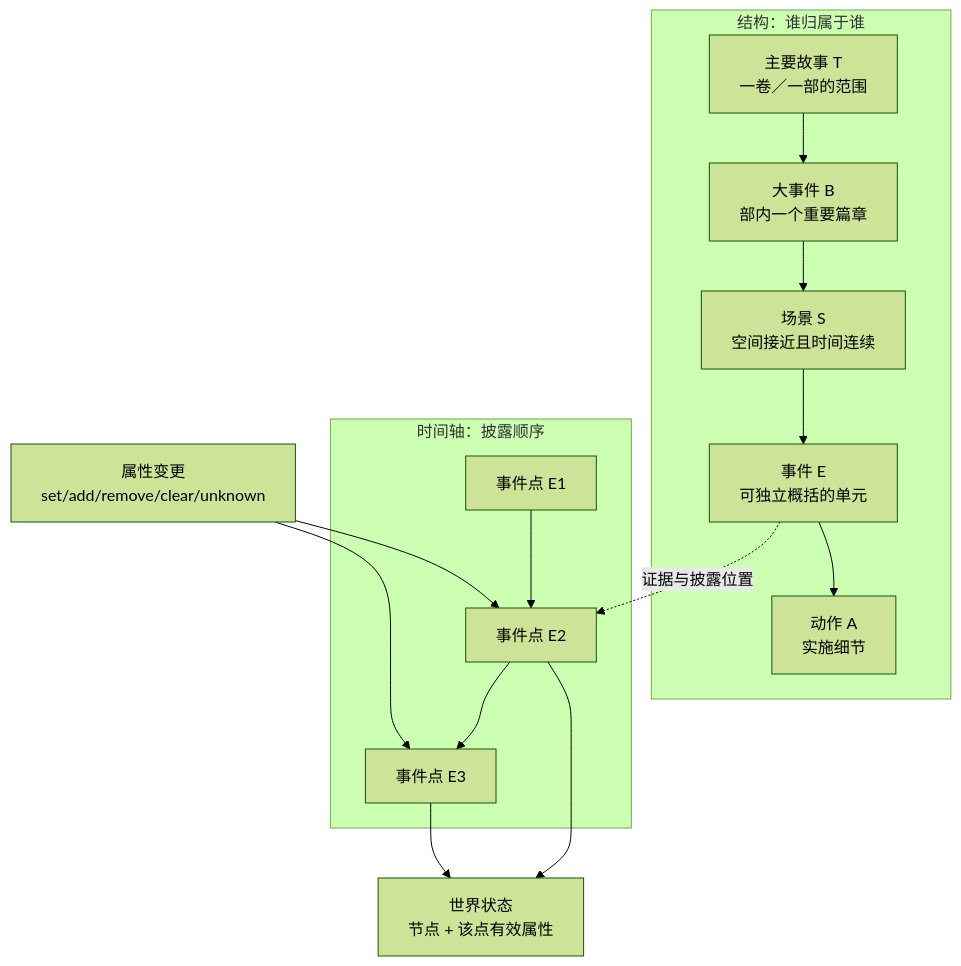
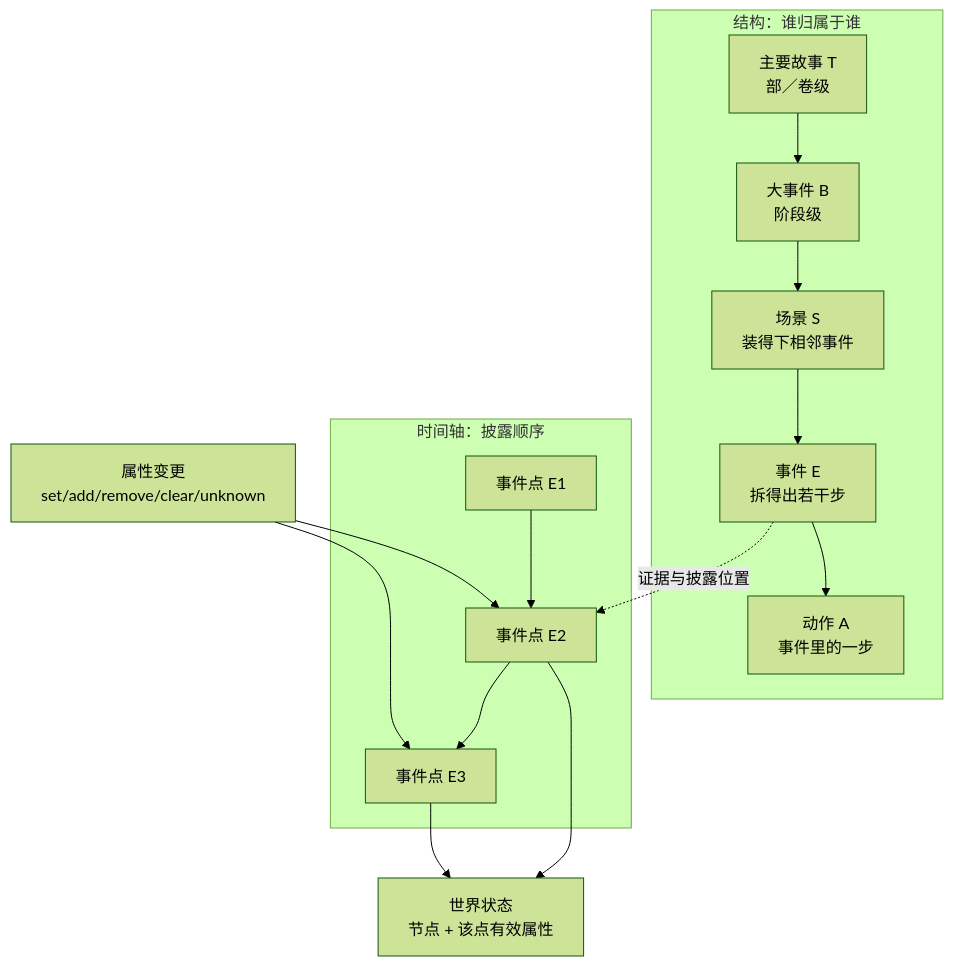
The diagram in docs/MODEL.md (ii33/narrative-adapt), drawn with Mermaid (forest theme) before and after one commit. The commit also changed other lines of this file and 60 other files, not shown here.

````diff
--- a/docs/MODEL.md
+++ b/docs/MODEL.md
@@ -37,17 +41,17 @@
 ```mermaid
 flowchart TB
   subgraph 结构["结构：谁归属于谁"]
-    T["主要故事 T<br/>一卷／一部的范围"] --> B["大事件 B<br/>部内一个重要篇章"]
-    B --> S["场景 S<br/>空间接近且时间连续"]
-    S --> E["事件 E<br/>可独立概括的单元"]
-    E --> A["动作 A<br/>实施细节"]
+    T["主要故事 T<br/>部／卷级"] --> B["大事件 B<br/>阶段级"]
+    B --> S["场景 S<br/>装得下相邻事件"]
+    S --> E["事件 E<br/>拆得出若干步"]
+    E --> A["动作 A<br/>事件里的一步"]
   end
   subgraph 时间["时间轴：披露顺序"]
     P1["事件点 E1"] --> P2["事件点 E2"] --> P3["事件点 E3"]
   end
   E -. 证据与披露位置 .-> P2
   CH["属性变更<br/>set/add/remove/clear/unknown"] --> P2
   CH --> P3
   P2 --> WS["世界状态<br/>节点 + 该点有效属性"]
   P3 --> WS
 ```
````
